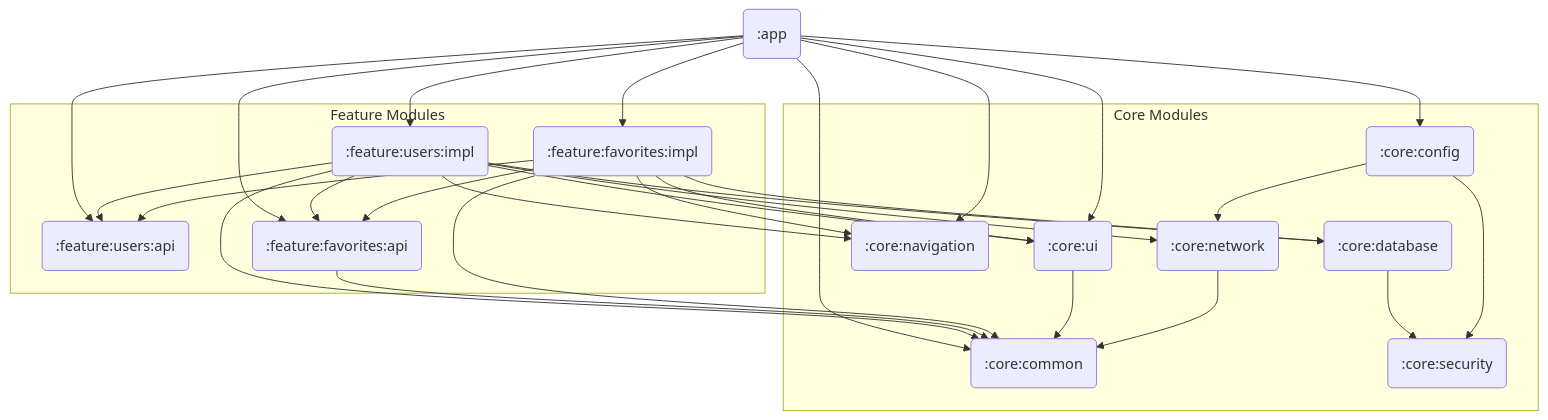
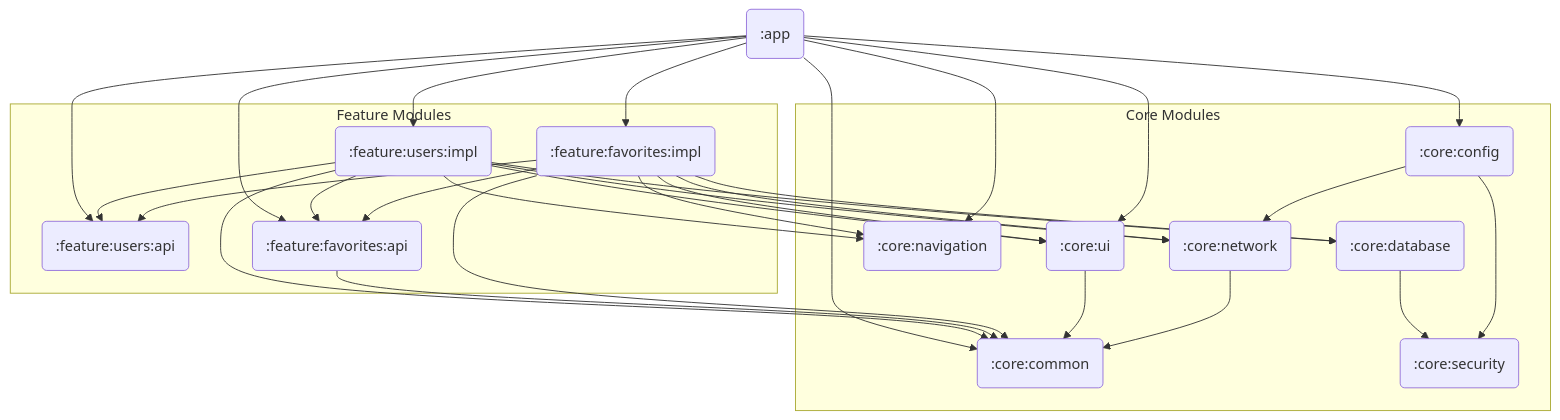
The diagram in MODULE_GRAPH.md (huuphuoc1396/android-github-users), drawn with Mermaid before and after one commit. The commit also changed 1 other file, not shown here.

Commit message:
docs: update module dependency graph and bump SDK to 36 (#42)
- Add Mermaid-based dependency visualization to README
- Update `targetSdk` and `compileSdk` to 36
- Synchronize `MODULE_GRAPH.md` with current module architecture
- Refine README table formatting and add image alt text for better accessibility

````diff
--- a/MODULE_GRAPH.md
+++ b/MODULE_GRAPH.md
@@ -3,64 +3,65 @@
 ```mermaid
 graph TD
     app(":app")
 
     subgraph feature["Feature Modules"]
         fu_api(":feature:users:api")
         fu_impl(":feature:users:impl")
         ff_api(":feature:favorites:api")
         ff_impl(":feature:favorites:impl")
     end
 
     subgraph core["Core Modules"]
         core_common(":core:common")
         core_ui(":core:ui")
         core_nav(":core:navigation")
         core_net(":core:network")
         core_sec(":core:security")
         core_cfg(":core:config")
         core_db(":core:database")
     end
 
     %% app dependencies
     app --> fu_api
     app --> fu_impl
     app --> ff_api
     app --> ff_impl
     app --> core_ui
     app --> core_nav
     app --> core_cfg
     app --> core_common
 
     %% feature:users:impl dependencies
     fu_impl --> fu_api
     fu_impl --> ff_api
     fu_impl --> core_ui
     fu_impl --> core_nav
     fu_impl --> core_net
     fu_impl --> core_db
     fu_impl --> core_common
 
     %% feature:favorites:api dependencies
     ff_api --> core_common
 
     %% feature:favorites:impl dependencies
     ff_impl --> ff_api
     ff_impl --> fu_api
     ff_impl --> core_ui
     ff_impl --> core_nav
+    ff_impl --> core_net
     ff_impl --> core_db
     ff_impl --> core_common
 
     %% core:ui dependencies
     core_ui --> core_common
 
     %% core:network dependencies
     core_net --> core_common
 
     %% core:database dependencies
     core_db --> core_sec
 
     %% core:config dependencies
     core_cfg --> core_net
     core_cfg --> core_sec
 ```
````
